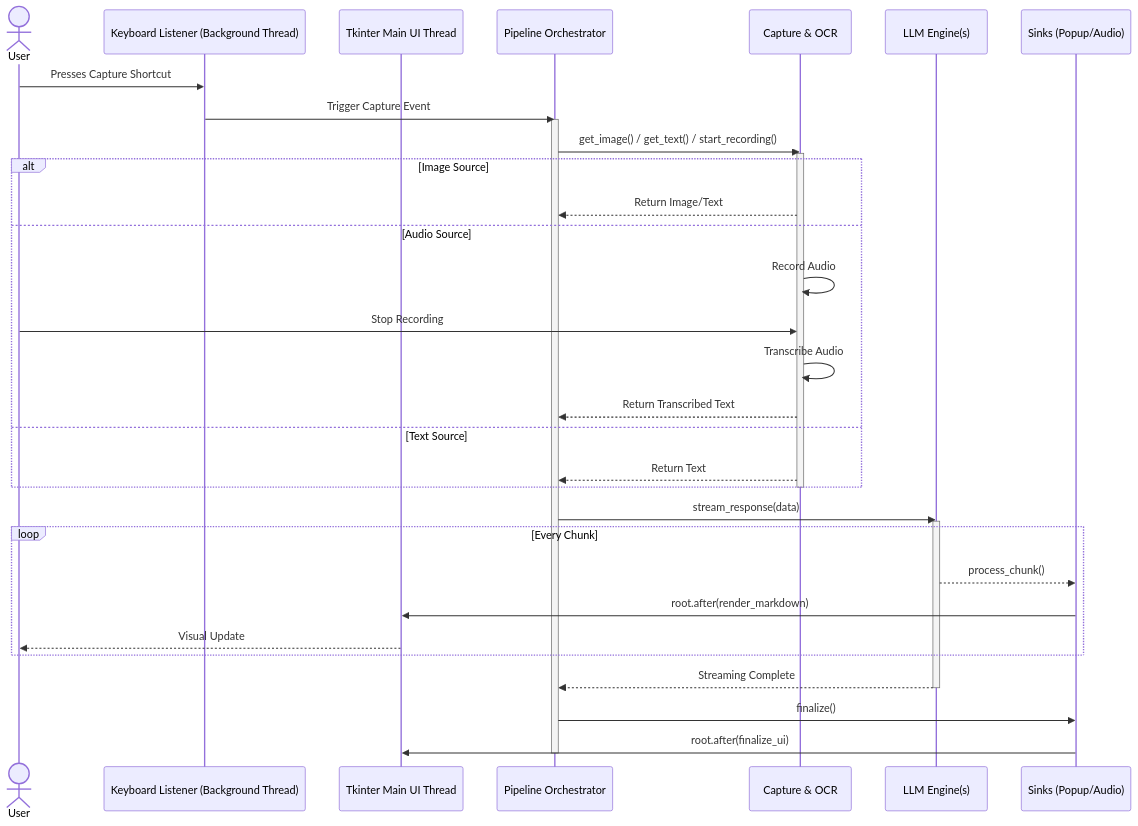
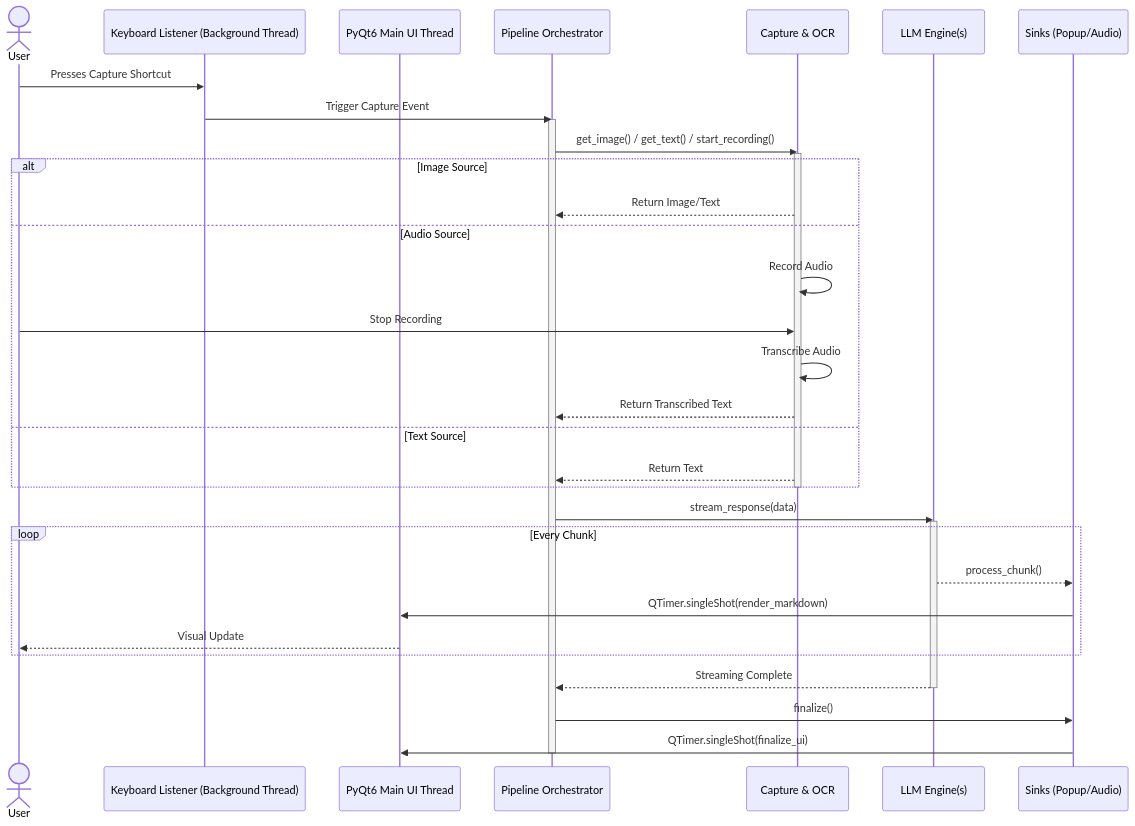
Before and after one commit to ahmedyarub/SnapSolve: the second of 2 diagrams in ARCHITECTURE.md, drawn with Mermaid. The commit also changed other lines of this file and 12 other files, not shown here.

````diff
--- a/ARCHITECTURE.md
+++ b/ARCHITECTURE.md
@@ -51,44 +51,44 @@
 ```mermaid
 sequenceDiagram
     actor User
     participant Hotkey as Keyboard Listener (Background Thread)
-    participant UI as Tkinter Main UI Thread
+    participant UI as PyQt6 Main UI Thread
     participant Pipe as Pipeline Orchestrator
     participant Source as Capture & OCR
     participant LLM as LLM Engine(s)
     participant Sink as Sinks (Popup/Audio)
 
     User->>Hotkey: Presses Capture Shortcut
     Hotkey->>Pipe: Trigger Capture Event
     activate Pipe
     Pipe->>Source: get_image() / get_text() / start_recording()
     activate Source
     
     alt Image Source
         Source-->>Pipe: Return Image/Text
     else Audio Source
         Source->>Source: Record Audio
         User->>Source: Stop Recording
         Source->>Source: Transcribe Audio
         Source-->>Pipe: Return Transcribed Text
     else Text Source
         Source-->>Pipe: Return Text
     end
     
     deactivate Source
 
     Pipe->>LLM: stream_response(data)
     activate LLM
 
     loop Every Chunk
         LLM-->>Sink: process_chunk()
-        Sink->>UI: root.after(render_markdown)
+        Sink->>UI: QTimer.singleShot(render_markdown)
         UI-->>User: Visual Update
     end
 
     LLM-->>Pipe: Streaming Complete
     deactivate LLM
     Pipe->>Sink: finalize()
-    Sink->>UI: root.after(finalize_ui)
+    Sink->>UI: QTimer.singleShot(finalize_ui)
     deactivate Pipe
 ```
````
